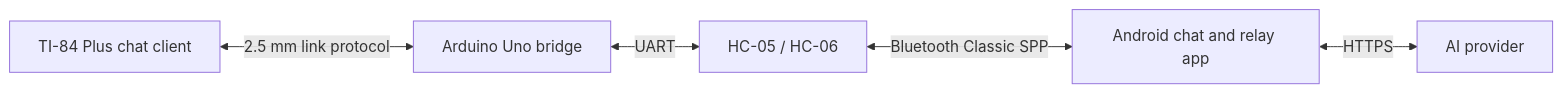
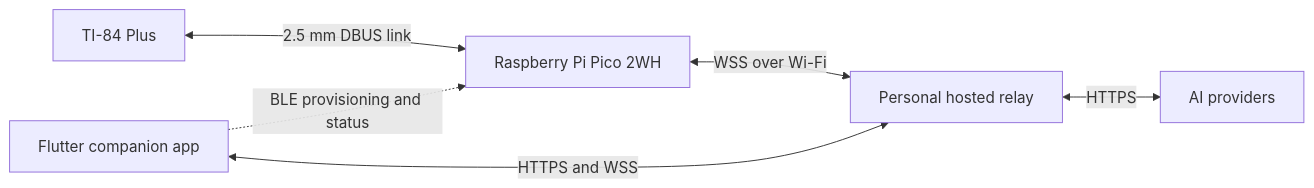
One commit to giu176/GPTi84-Companion changed the first of 2 diagrams in documents/blueprints.md. Above: the diagram before and after it, drawn with Mermaid. The commit also changed other lines of this file, not shown here.

Commit message:
Rewrite blueprint for Pico 2WH architecture

````diff
--- a/documents/blueprints.md
+++ b/documents/blueprints.md
@@ -15,7 +17,8 @@
 ```mermaid
 flowchart LR
-    T["TI-84 Plus chat client"] <-->|"2.5 mm link protocol"| A["Arduino Uno bridge"]
-    A <-->|"UART"| B["HC-05 / HC-06"]
-    B <-->|"Bluetooth Classic SPP"| P["Android chat and relay app"]
-    P <-->|"HTTPS"| AI["AI provider"]
+    T["TI-84 Plus"] <-->|"2.5 mm DBUS link"| P["Raspberry Pi Pico 2WH"]
+    P <-->|"WSS over Wi-Fi"| R["Personal hosted relay"]
+    R <-->|"HTTPS"| AI["AI providers"]
+    M["Flutter companion app"] <-->|"HTTPS and WSS"| R
+    M -.->|"BLE provisioning and status"| P
 ```
````
